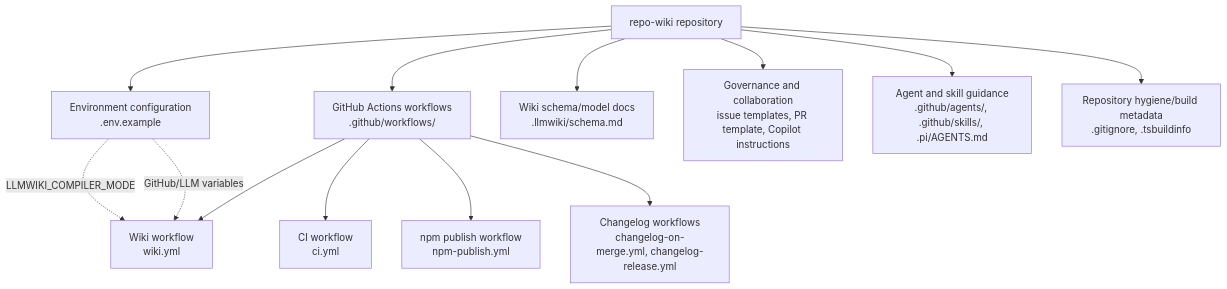
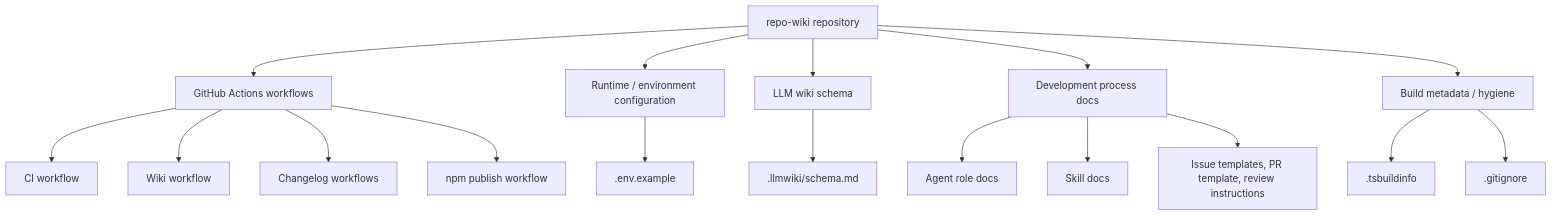
One commit to mfittko/repo-wiki changed the second of 4 diagrams in Architecture.md. Above: the diagram before and after it, drawn with Mermaid. The commit also changed other lines of this file and 49 other files, not shown here.

Commit message:
Compile repository wiki 2026-06-13T21:30:36.825Z

````diff
--- a/Architecture.md
+++ b/Architecture.md
@@ -194,31 +156,25 @@
 ```mermaid
 flowchart TB
   Repo["repo-wiki repository"]
 
-  Env["Environment configuration<br/>.env.example"]
-  Workflows["GitHub Actions workflows<br/>.github/workflows/"]
-  WikiSchema["Wiki schema/model docs<br/>.llmwiki/schema.md"]
-  Governance["Governance and collaboration<br/>issue templates, PR template, Copilot instructions"]
-  Agents["Agent and skill guidance<br/>.github/agents/, .github/skills/, .pi/AGENTS.md"]
-  Hygiene["Repository hygiene/build metadata<br/>.gitignore, .tsbuildinfo"]
+  Repo --> Workflows["GitHub Actions workflows"]
+  Workflows --> CI["CI workflow"]
+  Workflows --> Wiki["Wiki workflow"]
+  Workflows --> ChangeLog["Changelog workflows"]
+  Workflows --> Publish["npm publish workflow"]
 
-  WikiWorkflow["Wiki workflow<br/>wiki.yml"]
-  CIWorkflow["CI workflow<br/>ci.yml"]
-  NpmWorkflow["npm publish workflow<br/>npm-publish.yml"]
-  ChangeWorkflow["Changelog workflows<br/>changelog-on-merge.yml, changelog-release.yml"]
+  Repo --> Config["Runtime / environment configuration"]
+  Config --> EnvExample[".env.example"]
 
-  Repo --> Env
-  Repo --> Workflows
-  Repo --> WikiSchema
-  Repo --> Governance
-  Repo --> Agents
-  Repo --> Hygiene
+  Repo --> DataModel["LLM wiki schema"]
+  DataModel --> Schema[".llmwiki/schema.md"]
 
-  Workflows --> WikiWorkflow
-  Workflows --> CIWorkflow
-  Workflows --> NpmWorkflow
-  Workflows --> ChangeWorkflow
+  Repo --> ProcessDocs["Development process docs"]
+  ProcessDocs --> Agents["Agent role docs"]
+  ProcessDocs --> Skills["Skill docs"]
+  ProcessDocs --> IssuePR["Issue templates, PR template, review instructions"]
 
-  Env -. "LLMWIKI_COMPILER_MODE" .-> WikiWorkflow
-  Env -. "GitHub/LLM variables" .-> WikiWorkflow
+  Repo --> BuildState["Build metadata / hygiene"]
+  BuildState --> TsBuild[".tsbuildinfo"]
+  BuildState --> GitIgnore[".gitignore"]
 ```
````
